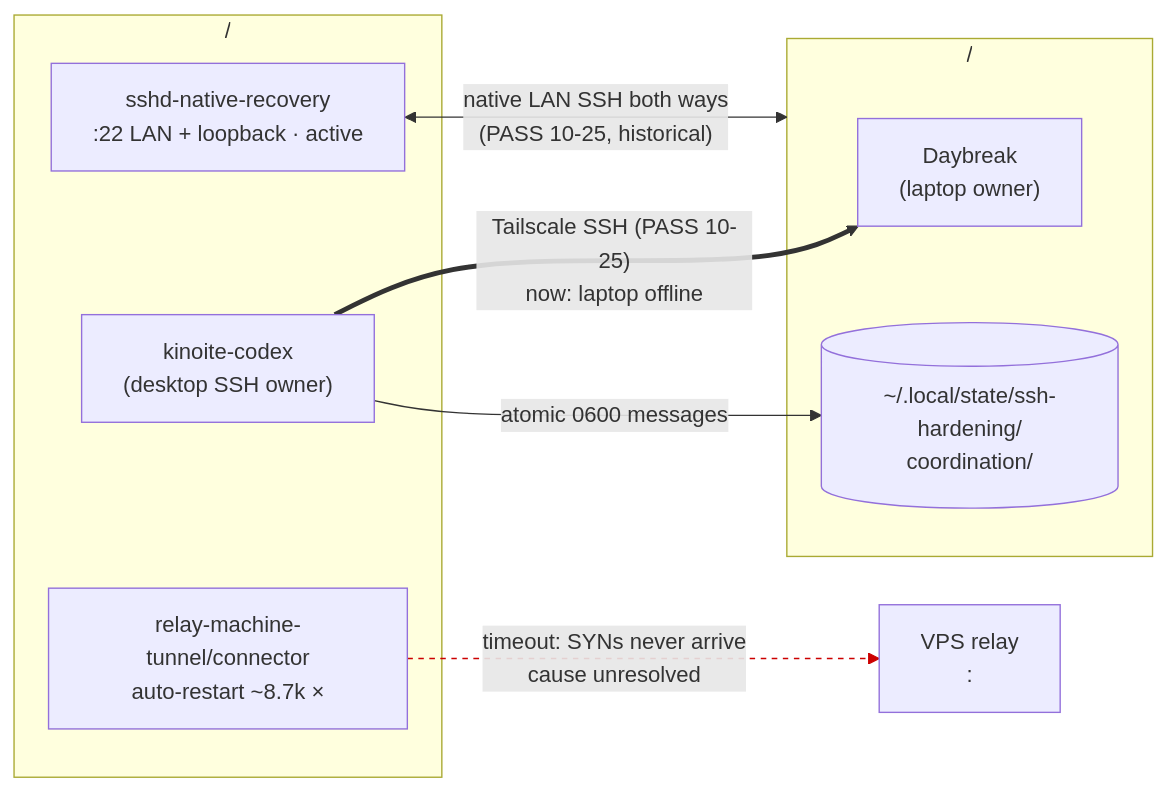
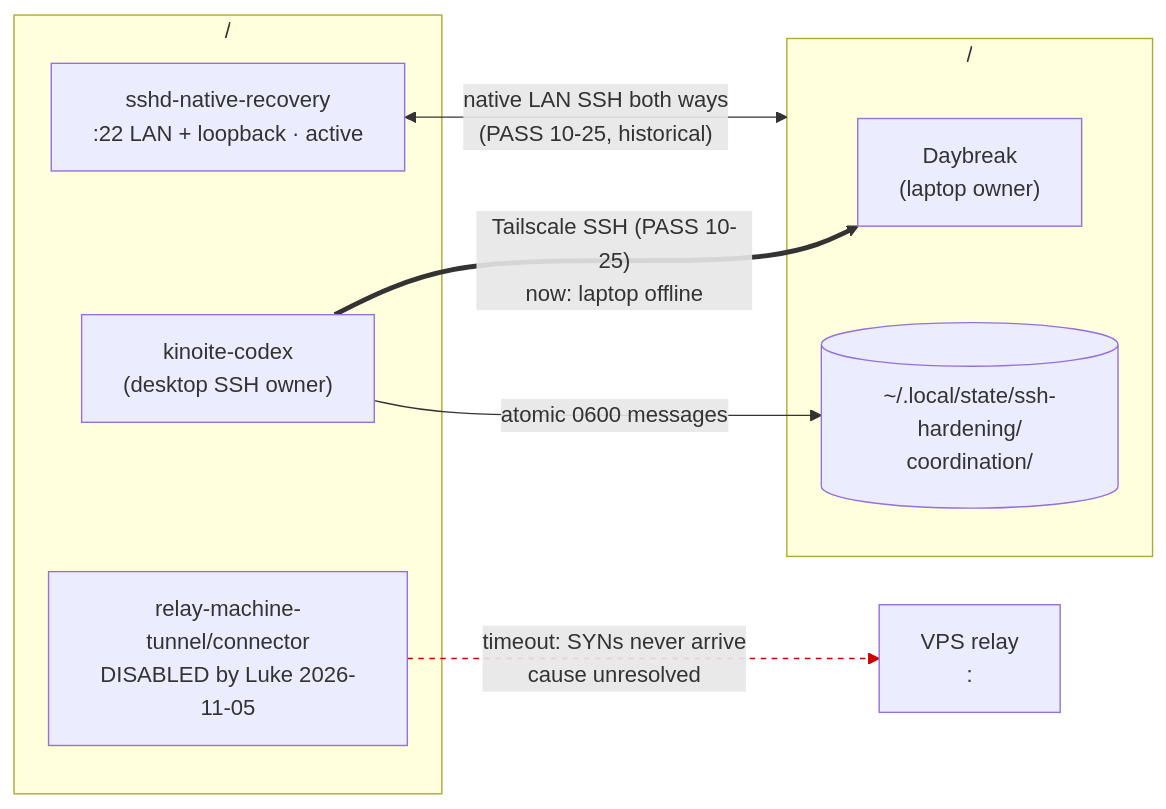
Before and after one commit to Louranicas/collective-plugin: the diagram in Collective.vault/Operations/SSH State.md, drawn with Mermaid. The commit also changed other lines of this file and 35 other files, not shown here.

````diff
--- a/Collective.vault/Operations/SSH State.md
+++ b/Collective.vault/Operations/SSH State.md
@@ -15,22 +15,22 @@
 ```mermaid
 flowchart LR
     subgraph Desktop["<desktop-host> <desktop-tailnet-ip> / <desktop-lan-ip>"]
         KC["kinoite-codex<br/>(desktop SSH owner)"]
         SN["sshd-native-recovery<br/>:22 LAN + loopback · active"]
-        RT["relay-machine-tunnel/connector<br/>auto-restart ~8.7k ×"]
+        RT["relay-machine-tunnel/connector<br/>DISABLED by Luke 2026-11-05"]
     end
 
     subgraph Laptop["<laptop-host> <laptop-tailnet-ip> / <laptop-lan-ip>"]
         DB["Daybreak<br/>(laptop owner)"]
         CD[("~/.local/state/ssh-hardening/<br/>coordination/")]
     end
 
     VPS["VPS relay<br/><relay-vps>:<port>"]
 
     KC ==>|"Tailscale SSH (PASS 10-25)<br/>now: laptop offline"| DB
     SN <-->|"native LAN SSH both ways<br/>(PASS 10-25, historical)"| Laptop
     RT -.->|"timeout: SYNs never arrive<br/>cause unresolved"| VPS
     KC -->|atomic 0600 messages| CD
 
     linkStyle 2 stroke:#c00,stroke-dasharray:4
 ```
````
